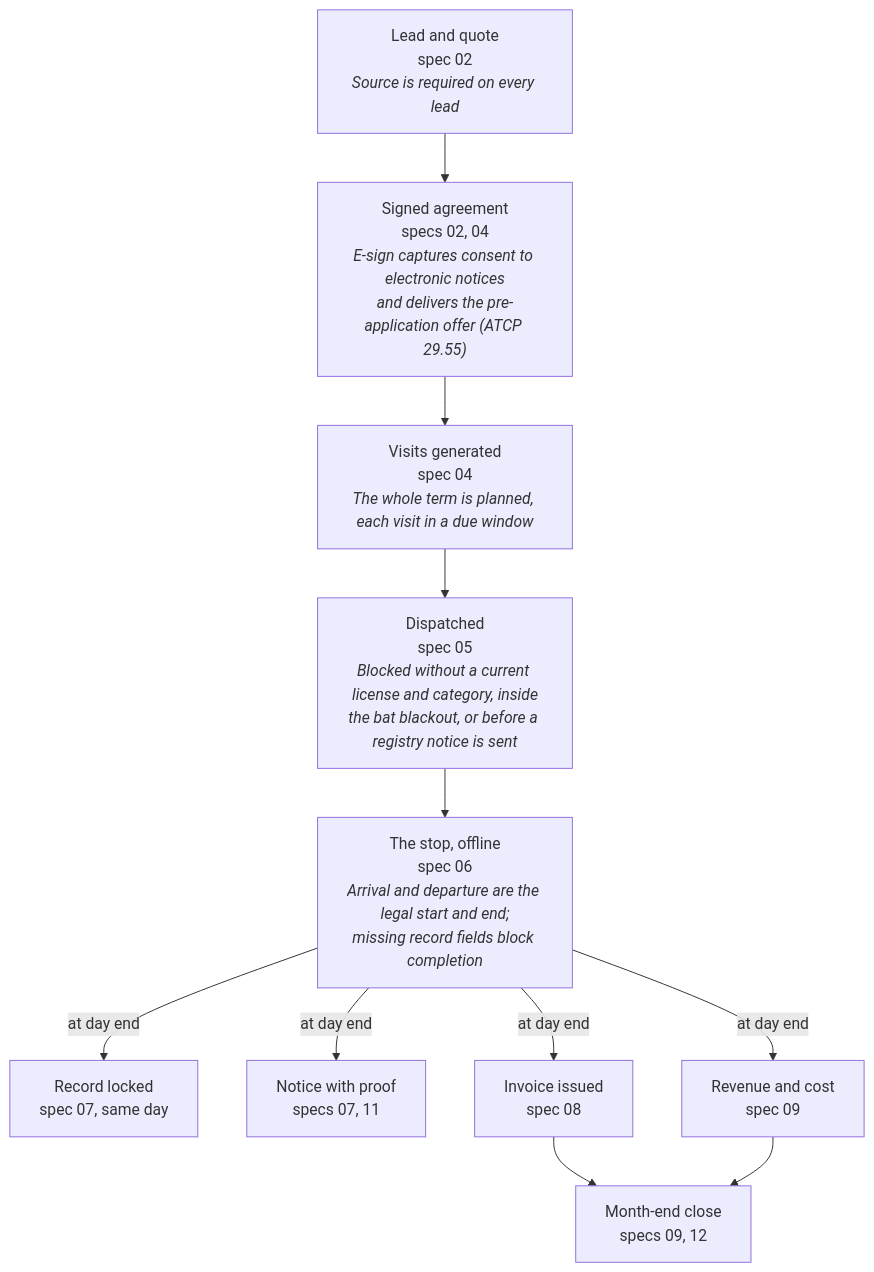
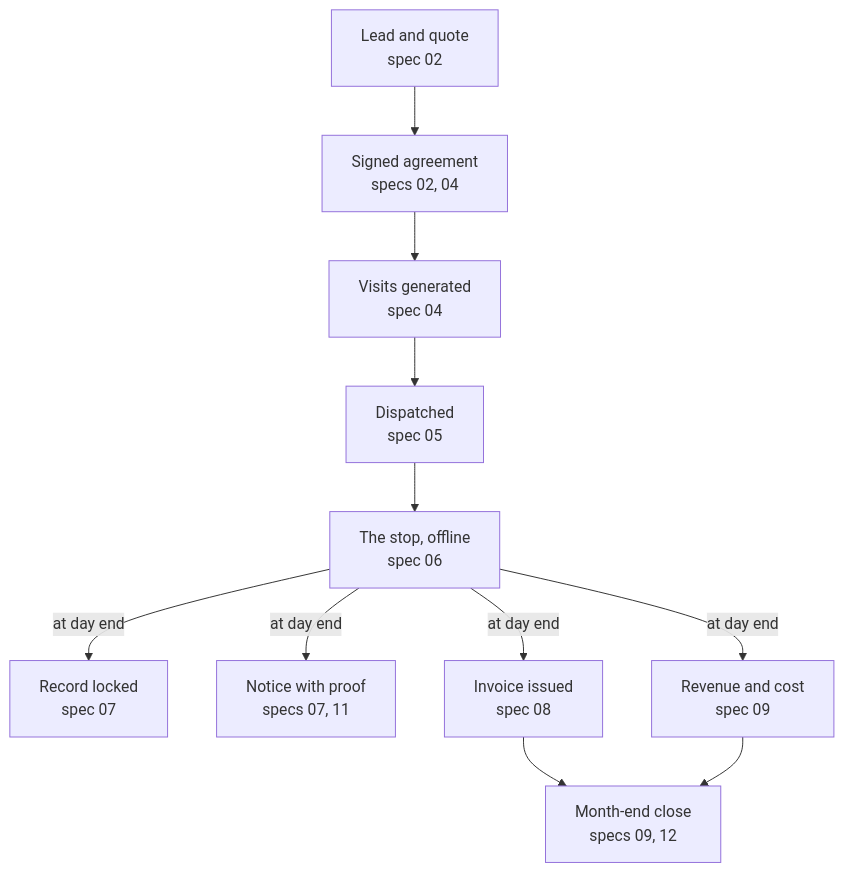
Before and after one commit to sw1tchfts/bugsy: the first of 2 diagrams in docs/prd.md, drawn with Mermaid. The commit also changed other lines of this file and 4 other files, not shown here.

````diff
--- a/docs/prd.md
+++ b/docs/prd.md
@@ -130,20 +191,10 @@
 ```mermaid
 flowchart TD
-  lead["Lead and quote<br/>spec 02<br/><i>Source is required on every lead</i>"]
-  signed["Signed agreement<br/>specs 02, 04<br/><i>E-sign captures consent to electronic notices<br/>and delivers the pre-application offer (ATCP 29.55)</i>"]
-  visits["Visits generated<br/>spec 04<br/><i>The whole term is planned, each visit in a due window</i>"]
-  dispatch["Dispatched<br/>spec 05<br/><i>Blocked without a current license and category, inside<br/>the bat blackout, or before a registry notice is sent</i>"]
-  stop["The stop, offline<br/>spec 06<br/><i>Arrival and departure are the legal start and end;<br/>missing record fields block completion</i>"]
-  record["Record locked<br/>spec 07, same day"]
-  notice["Notice with proof<br/>specs 07, 11"]
-  invoice["Invoice issued<br/>spec 08"]
-  ledger["Revenue and cost<br/>spec 09"]
-  close["Month-end close<br/>specs 09, 12"]
-  lead --> signed --> visits --> dispatch --> stop
-  stop -- at day end --> record
-  stop -- at day end --> notice
-  stop -- at day end --> invoice
-  stop -- at day end --> ledger
-  invoice --> close
+  lead["Lead and quote<br/>spec 02"] --> signed["Signed agreement<br/>specs 02, 04"] --> visits["Visits generated<br/>spec 04"] --> dispatch["Dispatched<br/>spec 05"] --> stop["The stop, offline<br/>spec 06"]
+  stop -- at day end --> record["Record locked<br/>spec 07"]
+  stop -- at day end --> notice["Notice with proof<br/>specs 07, 11"]
+  stop -- at day end --> invoice["Invoice issued<br/>spec 08"]
+  stop -- at day end --> ledger["Revenue and cost<br/>spec 09"]
+  invoice --> close["Month-end close<br/>specs 09, 12"]
   ledger --> close
 ```
````
